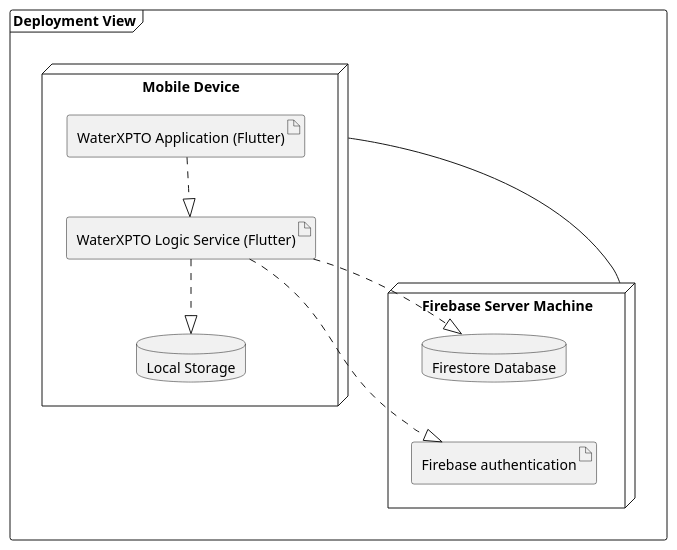
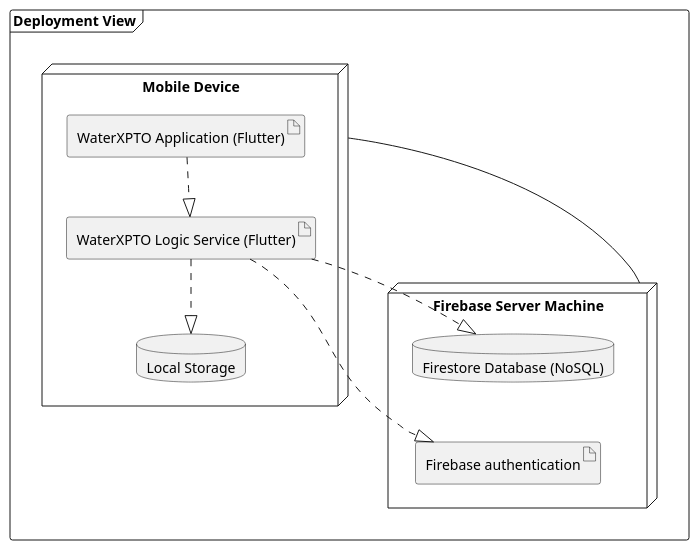
One commit to FEUP-LEIC-ES-2023-24/WaterXPTO changed the diagram in Docs/deploymentDiagram.plantuml. Above: the diagram before and after it, drawn with PlantUML. The commit also changed 4 other files, not shown here.

```diff
--- a/Docs/deploymentDiagram.plantuml
+++ b/Docs/deploymentDiagram.plantuml
@@ -1,28 +1,28 @@
 @startuml
 
 
 frame "Deployment View" {
 
   node "Firebase Server Machine" as firebase{
-    database "Firestore Database" as firebasedb
+    database "Firestore Database (NoSQL)" as firebasedb
     artifact "Firebase authentication" as firebaseauth
   }
 
 
   node "Mobile Device" as smartphone{
     artifact "WaterXPTO Application (Flutter)" as gui
     artifact "WaterXPTO Logic Service (Flutter)" as logic
     database "Local Storage" as local
   }
 }
 
 
 smartphone -- firebase
 gui -[dashed]-|> logic
 logic -[dashed]-|>local
 logic -[dashed]-|>firebasedb
 logic -[dashed]-|>firebaseauth
 
 firebasedb -[hidden]- firebaseauth
 
 @enduml
```
